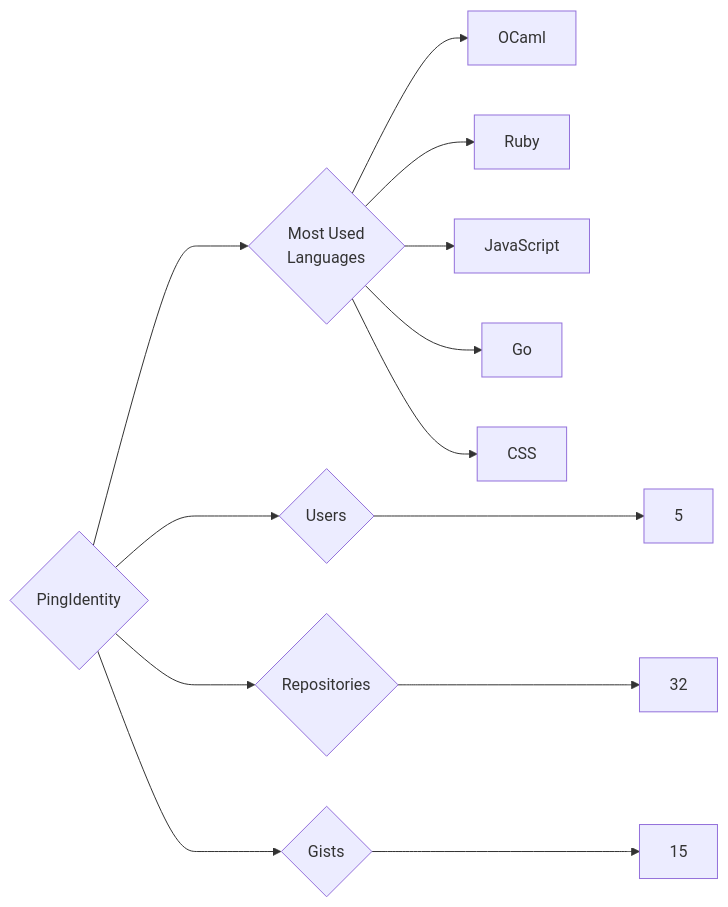
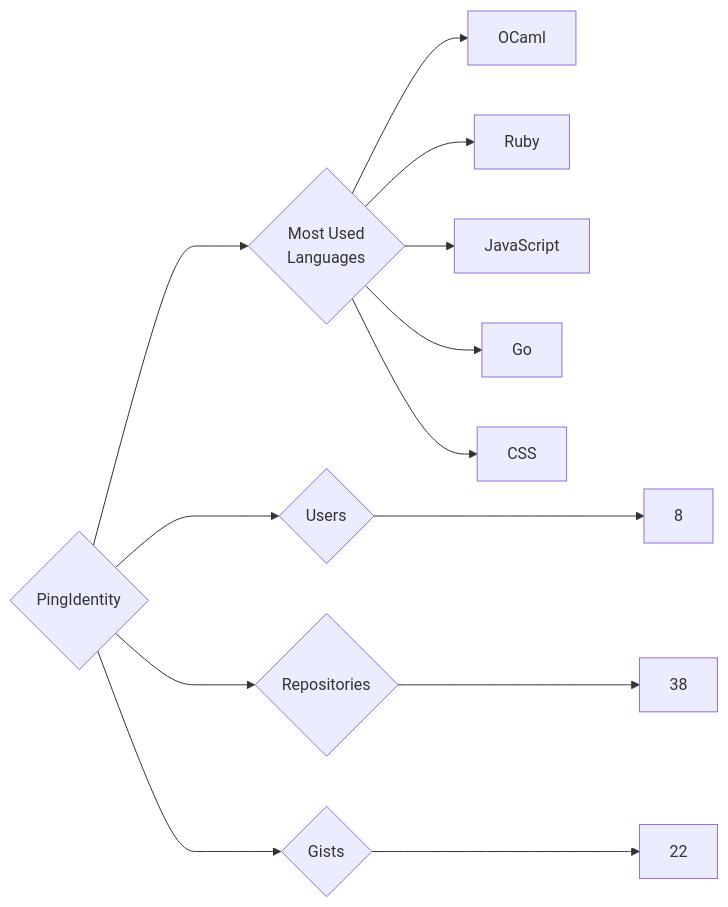
The diagram in targets/PingIdentity/README.md (trickest/insiders), drawn with Mermaid before and after one commit. The commit also changed 1508 other files, not shown here.

````diff
--- a/targets/PingIdentity/README.md
+++ b/targets/PingIdentity/README.md
@@ -3,13 +3,13 @@
 ```mermaid
 graph LR
 COMPANY_NAME{PingIdentity}
-COMPANY_NAME ---> U{Users} ---> UN[5]
-COMPANY_NAME ---> R{Repositories} ---> RN[32]
-COMPANY_NAME ---> G{Gists} ---> GN[15]
+COMPANY_NAME ---> U{Users} ---> UN[8]
+COMPANY_NAME ---> R{Repositories} ---> RN[38]
+COMPANY_NAME ---> G{Gists} ---> GN[22]
 COMPANY_NAME ---> ML{Most Used<br>Languages}
 ML --> OCaml[OCaml]
 ML --> Ruby[Ruby]
 ML --> JavaScript[JavaScript]
 ML --> Go[Go]
 ML --> CSS[CSS]
 ```
````
